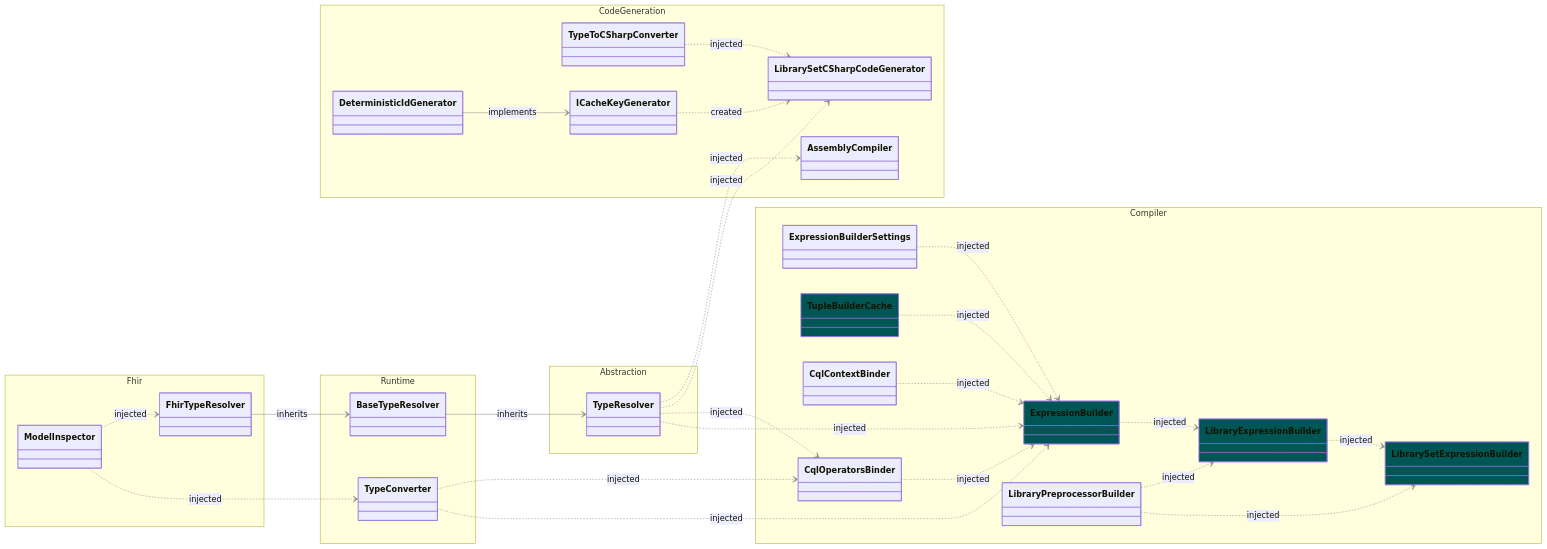
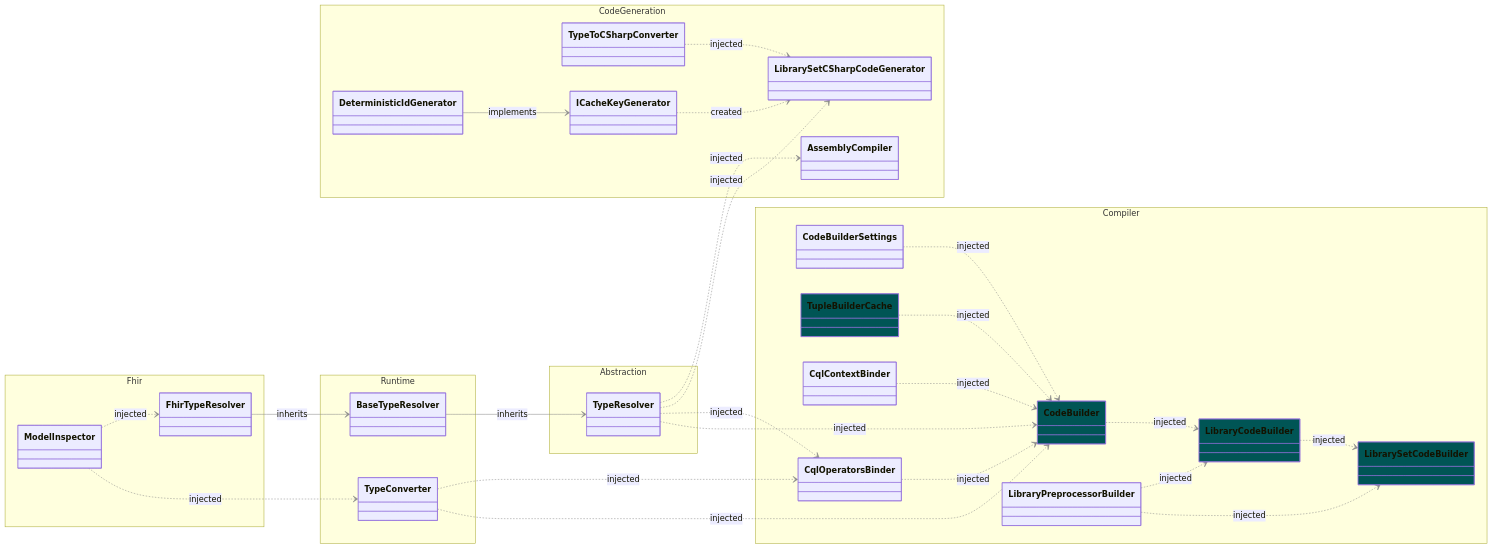
The first of 3 diagrams in docs/dependency-diagrams.md (kairo-x26/firely-cql-sdk), drawn with Mermaid before and after one commit. The commit also changed 37 other files, not shown here.

Commit message:
refactor: rename ExpressionBuilder pipeline types to CodeBuilder

````diff
--- a/docs/dependency-diagrams.md
+++ b/docs/dependency-diagrams.md
@@ -16,80 +16,80 @@
 ```mermaid
 %%{init: {
     'themeVariables':{  
       'lineColor': '#888',
       'lineWidth': 4
 }}}%%
 
 classDiagram
 
     direction LR
 
     namespace Compiler {
-        class LibrarySetExpressionBuilder { }    
-        class LibraryExpressionBuilder { }    
-        class ExpressionBuilder { }    
-        class ExpressionBuilderSettings { }    
+        class LibrarySetCodeBuilder { }    
+        class LibraryCodeBuilder { }    
+        class CodeBuilder { }    
+        class CodeBuilderSettings { }    
         class TupleBuilderCache { }
         class CqlContextBinder { }
         class CqlOperatorsBinder { }       
         class LibraryPreprocessorBuilder { }
     }
 
     namespace CodeGeneration {
         class TypeToCSharpConverter { }
         class LibrarySetCSharpCodeGenerator { }
         class AssemblyCompiler { }
         class ICacheKeyGenerator { }
         class DeterministicIdGenerator { }
     }
 
     namespace Abstraction {
         class TypeResolver { }
     }
 
     namespace Runtime {
         class BaseTypeResolver { }
         class TypeConverter { }
     }
 
     namespace Fhir {
         class FhirTypeResolver { }
         class ModelInspector { }
     }
 
     %% Style Scoped Types as Cyan
-    style LibrarySetExpressionBuilder fill:#055
-    style LibraryExpressionBuilder fill:#055
-    style ExpressionBuilder fill:#055
+    style LibrarySetCodeBuilder fill:#055
+    style LibraryCodeBuilder fill:#055
+    style CodeBuilder fill:#055
     style TupleBuilderCache fill:#055
     
     %% Inheritance  
     BaseTypeResolver --> TypeResolver : inherits
     FhirTypeResolver --> BaseTypeResolver : inherits
     DeterministicIdGenerator --> ICacheKeyGenerator : implements
     
     %% Dependencies                                                 
-    LibraryExpressionBuilder ..> LibrarySetExpressionBuilder : injected
-    LibraryPreprocessorBuilder ..> LibrarySetExpressionBuilder : injected
-    ExpressionBuilder ..> LibraryExpressionBuilder : injected
-    LibraryPreprocessorBuilder ..> LibraryExpressionBuilder : injected
+    LibraryCodeBuilder ..> LibrarySetCodeBuilder : injected
+    LibraryPreprocessorBuilder ..> LibrarySetCodeBuilder : injected
+    CodeBuilder ..> LibraryCodeBuilder : injected
+    LibraryPreprocessorBuilder ..> LibraryCodeBuilder : injected
 
-    TypeResolver ..> ExpressionBuilder : injected
-    CqlOperatorsBinder ..> ExpressionBuilder : injected
-    TupleBuilderCache ..> ExpressionBuilder : injected
-    CqlContextBinder ..> ExpressionBuilder : injected
-    ExpressionBuilderSettings ..> ExpressionBuilder : injected
-    TypeConverter ..> ExpressionBuilder : injected
+    TypeResolver ..> CodeBuilder : injected
+    CqlOperatorsBinder ..> CodeBuilder : injected
+    TupleBuilderCache ..> CodeBuilder : injected
+    CqlContextBinder ..> CodeBuilder : injected
+    CodeBuilderSettings ..> CodeBuilder : injected
+    TypeConverter ..> CodeBuilder : injected
 
     TypeResolver ..> CqlOperatorsBinder : injected
     TypeConverter ..> CqlOperatorsBinder : injected
 
     ModelInspector ..> TypeConverter : injected  
     ModelInspector ..> FhirTypeResolver : injected  
 
     TypeToCSharpConverter ..> LibrarySetCSharpCodeGenerator : injected
     TypeResolver ..> LibrarySetCSharpCodeGenerator : injected
     ICacheKeyGenerator ..> LibrarySetCSharpCodeGenerator : created
 
     TypeResolver ..> AssemblyCompiler : injected
 ```
````
